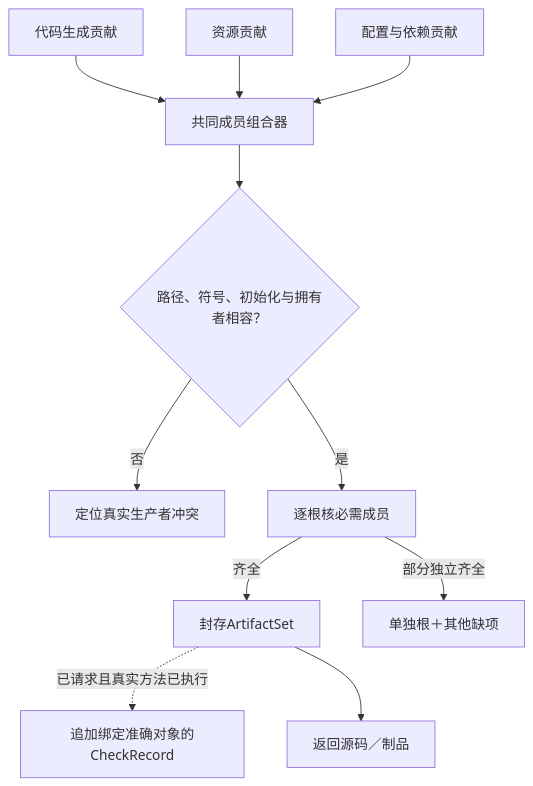
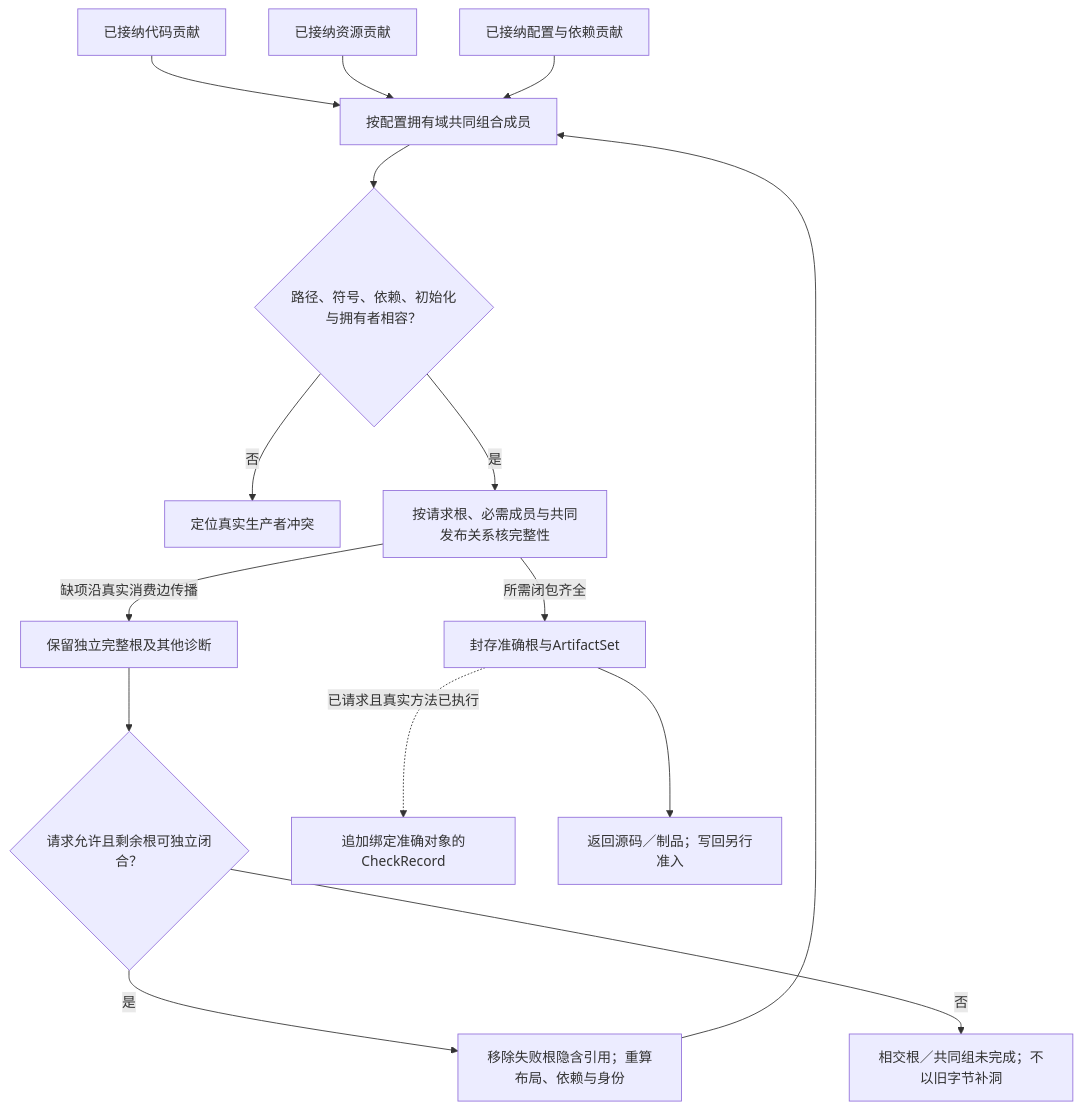
Before and after one commit to sec-platform/sec: the second of 2 diagrams in docs/编译/目标/成员布局与完整产物.md, drawn with Mermaid. The commit also changed other lines of this file and 8 other files, not shown here.

````diff
--- a/docs/编译/目标/成员布局与完整产物.md
+++ b/docs/编译/目标/成员布局与完整产物.md
@@ -381,13 +381,17 @@
 ```mermaid
 flowchart TB
- Code["代码生成贡献"] --> Merge["共同成员组合器"]
- Resource["资源贡献"] --> Merge
- Config["配置与依赖贡献"] --> Merge
- Merge --> Same{"路径、符号、初始化与拥有者相容？"}
+ Code["已接纳代码贡献"] --> Merge["按配置拥有域共同组合成员"]
+ Resource["已接纳资源贡献"] --> Merge
+ Config["已接纳配置与依赖贡献"] --> Merge
+ Merge --> Same{"路径、符号、依赖、初始化与拥有者相容？"}
  Same -->|否| Conflict["定位真实生产者冲突"]
- Same -->|是| Roots["逐根核必需成员"]
- Roots -->|齐全| Bundle["封存ArtifactSet"]
- Roots -->|部分独立齐全| Partial["单独根＋其他缺项"]
+ Same -->|是| Roots["按请求根、必需成员与共同发布关系核完整性"]
+ Roots -->|所需闭包齐全| Bundle["封存准确根与ArtifactSet"]
+ Roots -->|缺项沿真实消费边传播| Missing["保留独立完整根及其他诊断"]
+ Missing --> Separate{"请求允许且剩余根可独立闭合？"}
+ Separate -->|是| Recompose["移除失败根隐含引用；重算布局、依赖与身份"]
+ Recompose --> Merge
+ Separate -->|否| Blocked["相交根／共同组未完成；不以旧字节补洞"]
  Bundle -. "已请求且真实方法已执行" .-> Check["追加绑定准确对象的CheckRecord"]
- Bundle --> Return["返回源码／制品"]
+ Bundle --> Return["返回源码／制品；写回另行准入"]
 ```
````
